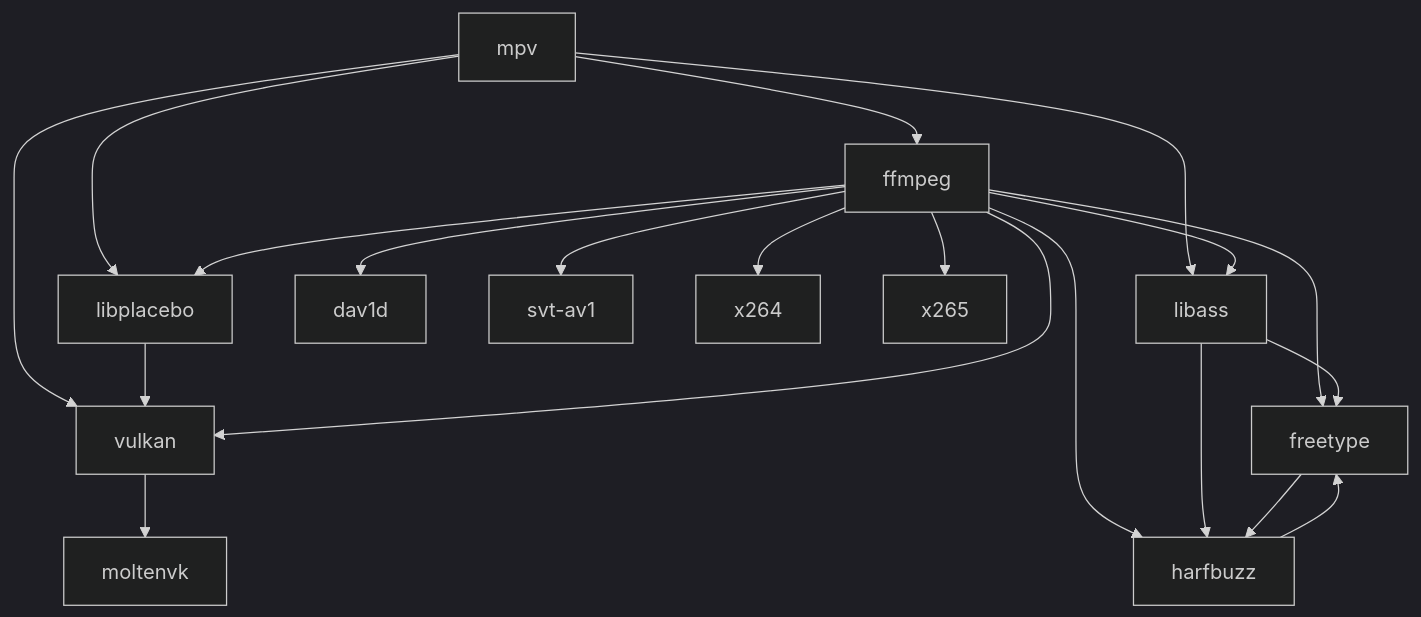
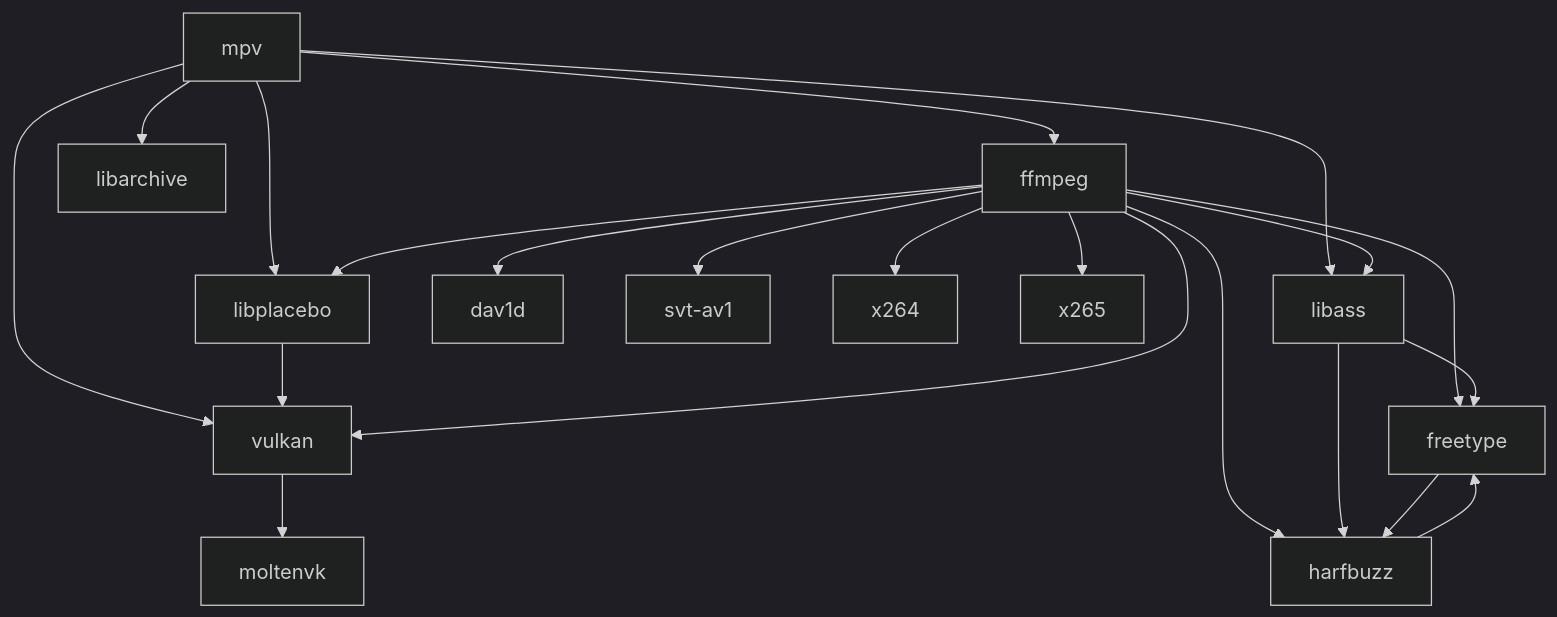
Before and after one commit to m154k1/mpv-build-macOS: the diagram in README.md, drawn with Mermaid (dark theme). The commit also changed other lines of this file and 2 other files, not shown here.

Commit message:
scripts: add build-libarchive

````diff
--- a/README.md
+++ b/README.md
@@ -150,22 +157,23 @@
 ```mermaid
 graph TD;
    mpv-->ffmpeg;
    mpv-->libplacebo;
    mpv-->vulkan;
    mpv-->libass;
+   mpv-->libarchive;
    libplacebo-->vulkan;
    vulkan-->moltenvk;
    ffmpeg-->libplacebo;
    ffmpeg-->vulkan;
    ffmpeg-->dav1d;
    ffmpeg-->svt-av1;
    ffmpeg-->x264;
    ffmpeg-->x265;
    ffmpeg-->libass;
    ffmpeg-->freetype;
    ffmpeg-->harfbuzz;
    libass-->freetype;
    libass-->harfbuzz;
    freetype-->harfbuzz;
    harfbuzz-->freetype;
 ```
````
